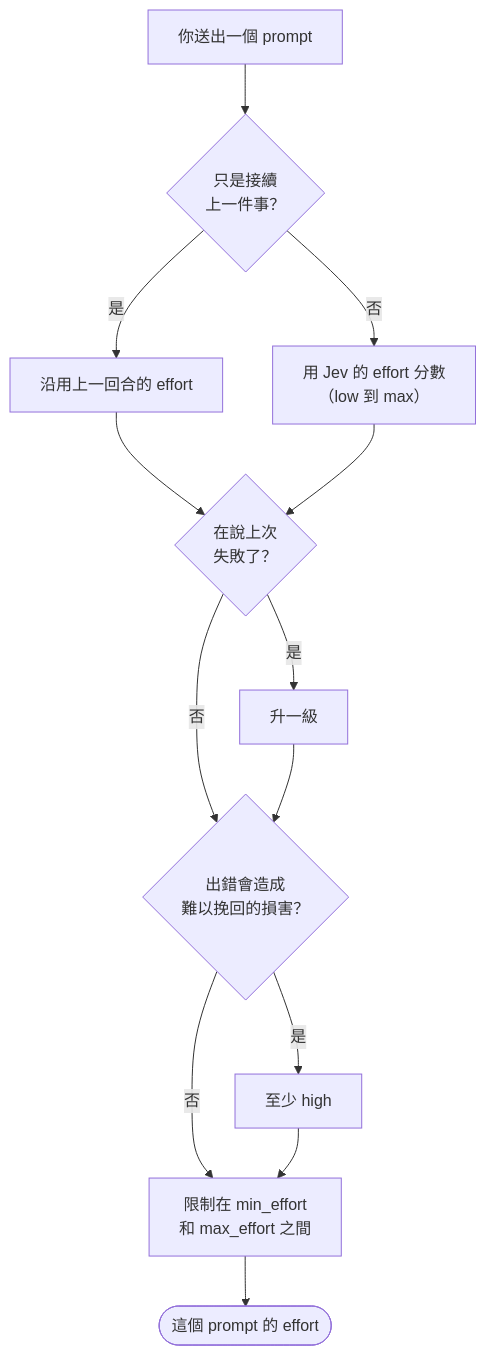
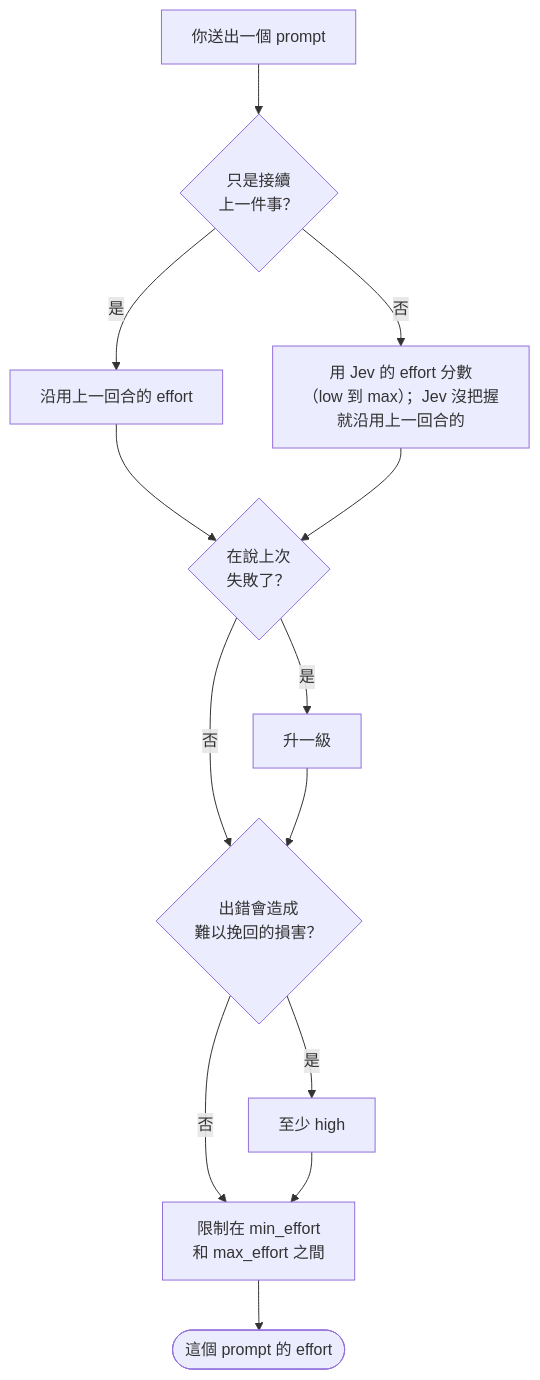
The third of 3 diagrams in README.zh-TW.md (KevinYu1580/jcGearbox), drawn with Mermaid before and after one commit. The commit also changed other lines of this file and 1 other file, not shown here.

First line of the commit message:
docs(readme): 說明 Jev 沒把握時沿用 effort 的規則

````diff
--- a/README.zh-TW.md
+++ b/README.zh-TW.md
@@ -75,15 +75,15 @@
 ```mermaid
 flowchart TD
     P["你送出一個 prompt"] --> C{"只是接續<br/>上一件事？"}
     C -->|"是"| K["沿用上一回合的 effort"]
-    C -->|"否"| J["用 Jev 的 effort 分數<br/>（low 到 max）"]
+    C -->|"否"| J["用 Jev 的 effort 分數<br/>（low 到 max）；Jev 沒把握<br/>就沿用上一回合的"]
     K --> F{"在說上次<br/>失敗了？"}
     J --> F
     F -->|"是"| U["升一級"]
     F -->|"否"| R{"出錯會造成<br/>難以挽回的損害？"}
     U --> R
     R -->|"是"| X["至少 high"]
     R -->|"否"| M["限制在 min_effort<br/>和 max_effort 之間"]
     X --> M
     M --> E(["這個 prompt 的 effort"])
 ```
````
